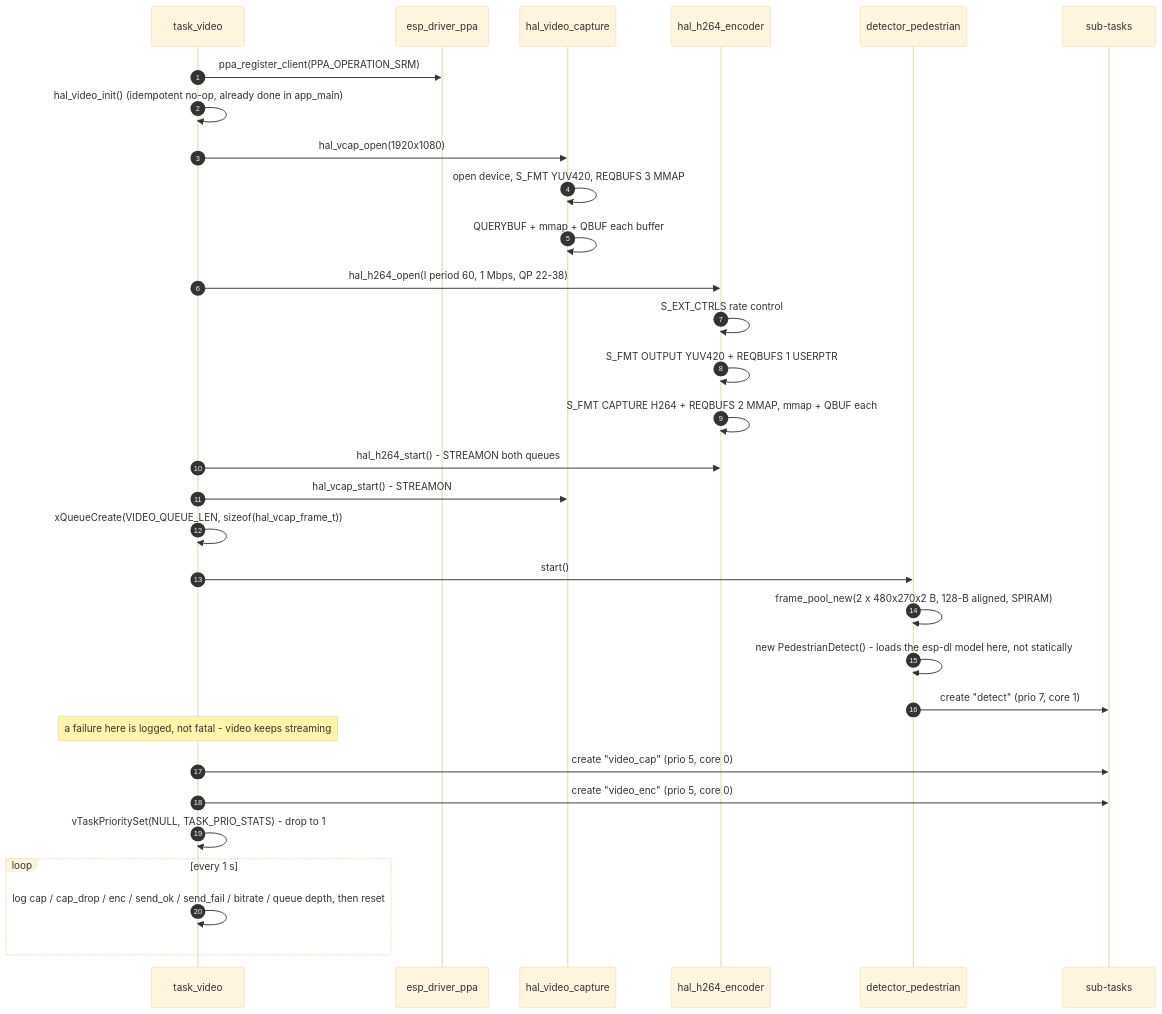
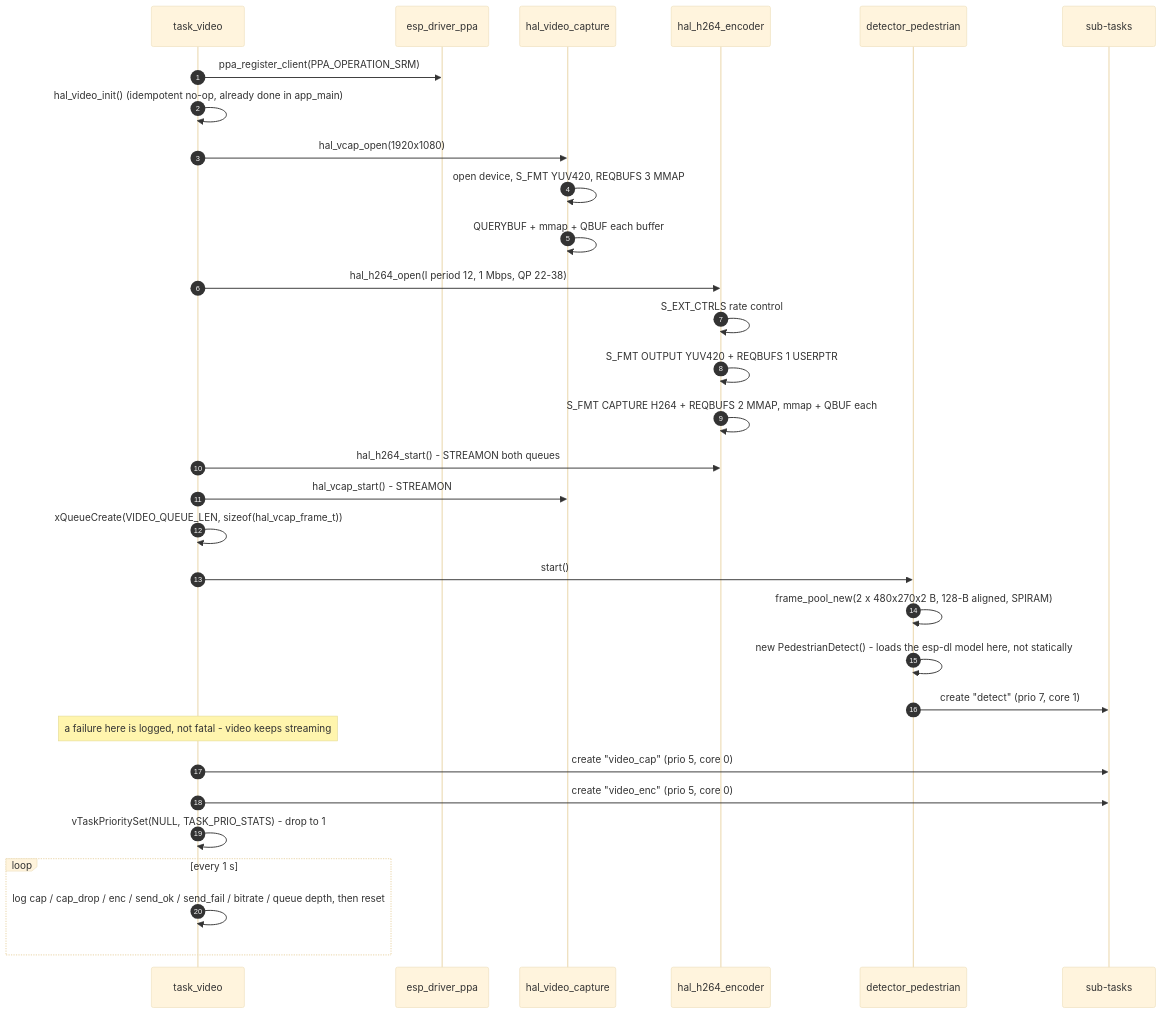
Before and after one commit to thanhbinh89/esp32-ipc: the fifth of 6 diagrams in ARCHITECTURE.md, drawn with Mermaid (base theme). The commit also changed other lines of this file and 4 other files, not shown here.

Commit message:
Refactor architecture and data flow documentation; update configuration for capture buffers and video encoding parameters

````diff
--- a/ARCHITECTURE.md
+++ b/ARCHITECTURE.md
@@ -308,40 +308,40 @@
 ```mermaid
 sequenceDiagram
     autonumber
     participant TV as task_video
     participant PPA as esp_driver_ppa
     participant CAP as hal_video_capture
     participant ENC as hal_h264_encoder
     participant DET as detector_pedestrian
     participant SUB as sub-tasks
 
     TV->>PPA: ppa_register_client(PPA_OPERATION_SRM)
     TV->>TV: hal_video_init() (idempotent no-op, already done in app_main)
 
     TV->>CAP: hal_vcap_open(1920x1080)
     CAP->>CAP: open device, S_FMT YUV420, REQBUFS 3 MMAP
     CAP->>CAP: QUERYBUF + mmap + QBUF each buffer
 
-    TV->>ENC: hal_h264_open(I period 60, 1 Mbps, QP 22-38)
+    TV->>ENC: hal_h264_open(I period 12, 1 Mbps, QP 22-38)
     ENC->>ENC: S_EXT_CTRLS rate control
     ENC->>ENC: S_FMT OUTPUT YUV420 + REQBUFS 1 USERPTR
     ENC->>ENC: S_FMT CAPTURE H264 + REQBUFS 2 MMAP, mmap + QBUF each
 
     TV->>ENC: hal_h264_start() - STREAMON both queues
     TV->>CAP: hal_vcap_start() - STREAMON
     TV->>TV: xQueueCreate(VIDEO_QUEUE_LEN, sizeof(hal_vcap_frame_t))
 
     TV->>DET: start()
     DET->>DET: frame_pool_new(2 x 480x270x2 B, 128-B aligned, SPIRAM)
     DET->>DET: new PedestrianDetect() - loads the esp-dl model here, not statically
     DET->>SUB: create "detect" (prio 7, core 1)
     Note over TV: a failure here is logged, not fatal - video keeps streaming
 
     TV->>SUB: create "video_cap" (prio 5, core 0)
     TV->>SUB: create "video_enc" (prio 5, core 0)
     TV->>TV: vTaskPrioritySet(NULL, TASK_PRIO_STATS) - drop to 1
 
     loop every 1 s
         TV->>TV: log cap / cap_drop / enc / send_ok / send_fail / bitrate / queue depth, then reset
     end
 ```
````
